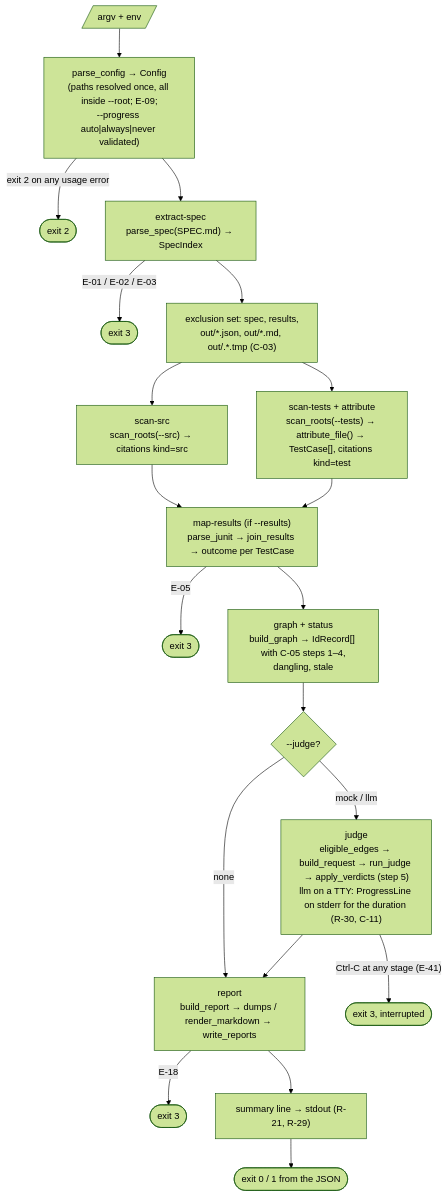
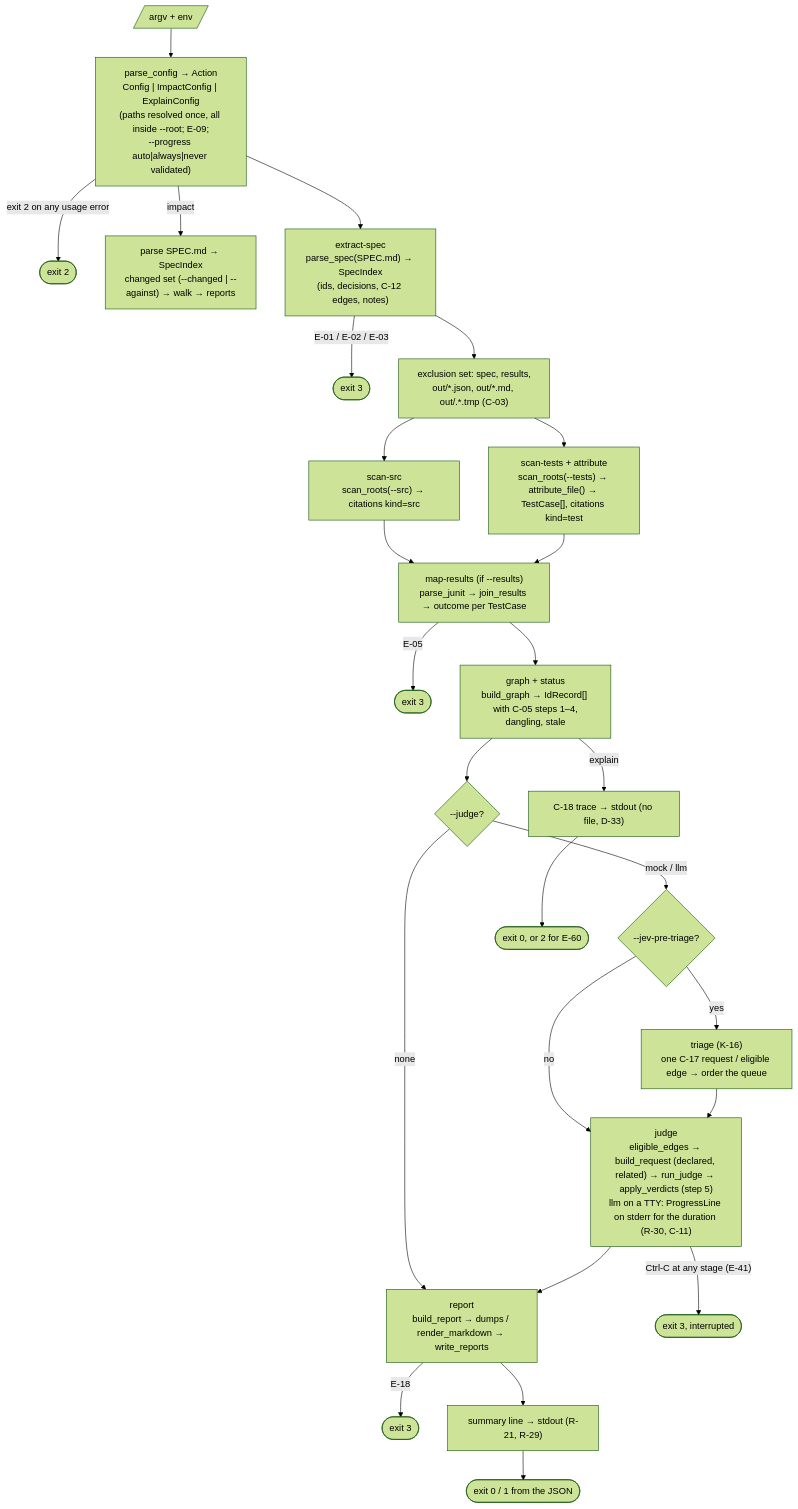
One commit to rioffe/speccheck changed the fourth of 12 diagrams in ARCHITECTURE.md. Above: the diagram before and after it, drawn with Mermaid (forest theme). The commit also changed other lines of this file and 3 other files, not shown here.

First line of the commit message:
docs(architecture): rewrite ARCHITECTURE.md to the v1.18 build, and fix two defects the render showed (F-5)

````diff
--- a/ARCHITECTURE.md
+++ b/ARCHITECTURE.md
@@ -157,21 +207,27 @@
 ```mermaid
 flowchart TB
-    argv[/argv + env/] --> parse["parse_config → Config<br/>(paths resolved once, all inside --root; E-09;<br/>--progress auto|always|never validated)"]
+    argv[/argv + env/] --> parse["parse_config → Action<br/>Config | ImpactConfig | ExplainConfig<br/>(paths resolved once, all inside --root; E-09;<br/>--progress auto|always|never validated)"]
     parse -->|exit 2 on any usage error| X2([exit 2])
-    parse --> spec["extract-spec<br/>parse_spec(SPEC.md) → SpecIndex"]
+    parse -->|impact| imp["parse SPEC.md → SpecIndex<br/>changed set (--changed | --against) → walk → reports"]
+    parse --> spec["extract-spec<br/>parse_spec(SPEC.md) → SpecIndex<br/>(ids, decisions, C-12 edges, notes)"]
     spec -->|E-01 / E-02 / E-03| X3a([exit 3])
     spec --> excl["exclusion set: spec, results,<br/>out/*.json, out/*.md, out/.*.tmp (C-03)"]
     excl --> src["scan-src<br/>scan_roots(--src) → citations kind=src"]
     excl --> tst["scan-tests + attribute<br/>scan_roots(--tests) → attribute_file() → TestCase[], citations kind=test"]
     src & tst --> res["map-results (if --results)<br/>parse_junit → join_results → outcome per TestCase"]
     res -->|E-05| X3b([exit 3])
     res --> gr["graph + status<br/>build_graph → IdRecord[] with C-05 steps 1–4,<br/>dangling, stale"]
     gr --> q{--judge?}
     q -->|none| rep
-    q -->|mock / llm| judge["judge<br/>eligible_edges → build_request → run_judge → apply_verdicts (step 5)<br/>llm on a TTY: ProgressLine on stderr for the duration (R-30, C-11)"]
+    q -->|mock / llm| tri{--jev-pre-triage?}
+    tri -->|yes| jev["triage (K-16)<br/>one C-17 request / eligible edge → order the queue"]
+    tri -->|no| judge
+    jev --> judge["judge<br/>eligible_edges → build_request (declared, related) → run_judge → apply_verdicts (step 5)<br/>llm on a TTY: ProgressLine on stderr for the duration (R-30, C-11)"]
     judge -->|"Ctrl-C at any stage (E-41)"| X3d(["exit 3, interrupted"])
     judge --> rep["report<br/>build_report → dumps / render_markdown → write_reports"]
     rep -->|E-18| X3c([exit 3])
     rep --> line["summary line → stdout (R-21, R-29)"]
     line --> X01([exit 0 / 1 from the JSON])
+    gr -->|explain| ex["C-18 trace → stdout (no file, D-33)"]
+    ex --> X0e([exit 0, or 2 for E-60])
 ```
````
